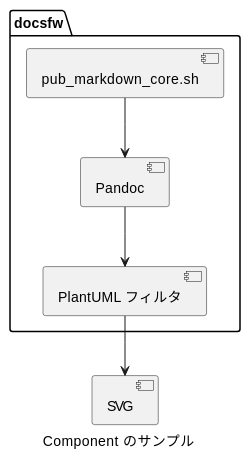
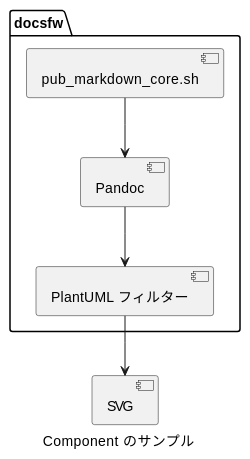
The sixth of 18 diagrams in docs/sample/plantuml-showcase.md (Hondarer/pub_markdown), drawn with PlantUML before and after one commit. The commit also changed 46 other files, not shown here.

````diff
--- a/docs/sample/plantuml-showcase.md
+++ b/docs/sample/plantuml-showcase.md
@@ -98,14 +98,14 @@
 ```plantuml
 @startuml component-sample
     caption Component のサンプル
     package docsfw {
         [pub_markdown_core.sh] as Pub
         [Pandoc] as Pandoc
-        [PlantUML フィルタ] as Filter
+        [PlantUML フィルター] as Filter
     }
 
     Pub --> Pandoc
     Pandoc --> Filter
     Filter --> [SVG]
 @enduml
 ```
````
